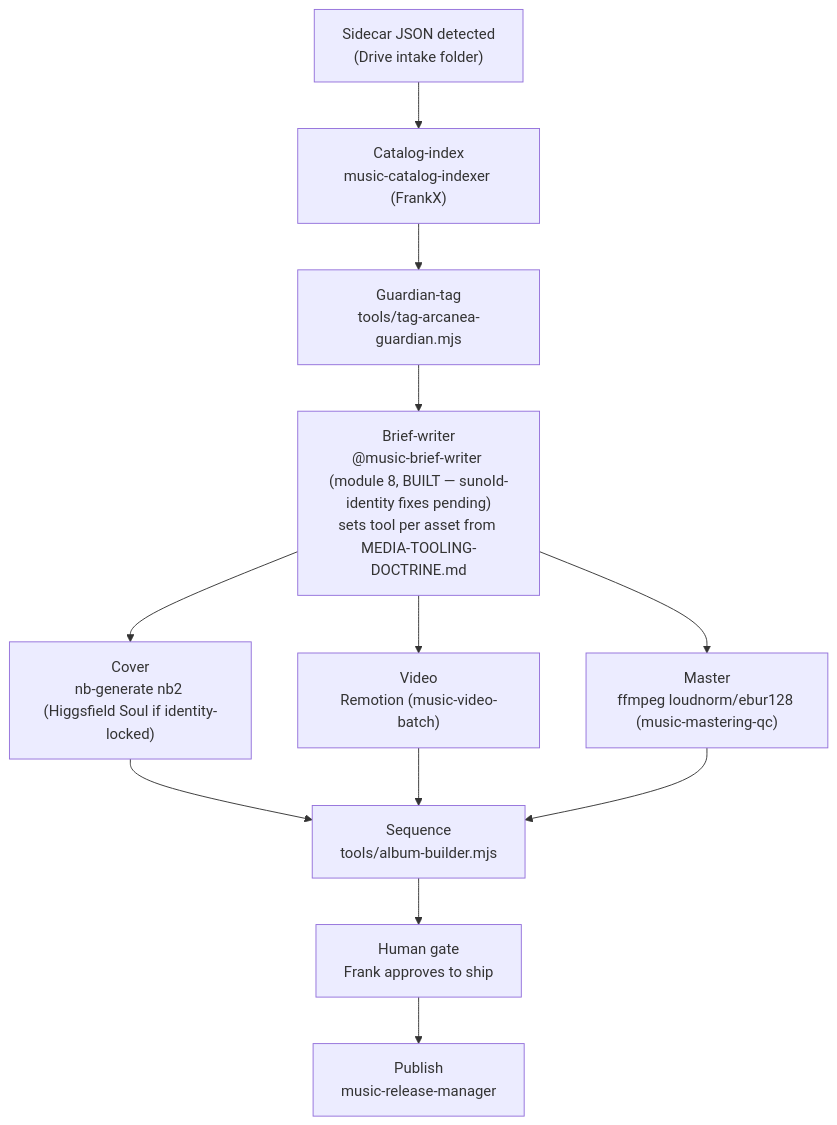
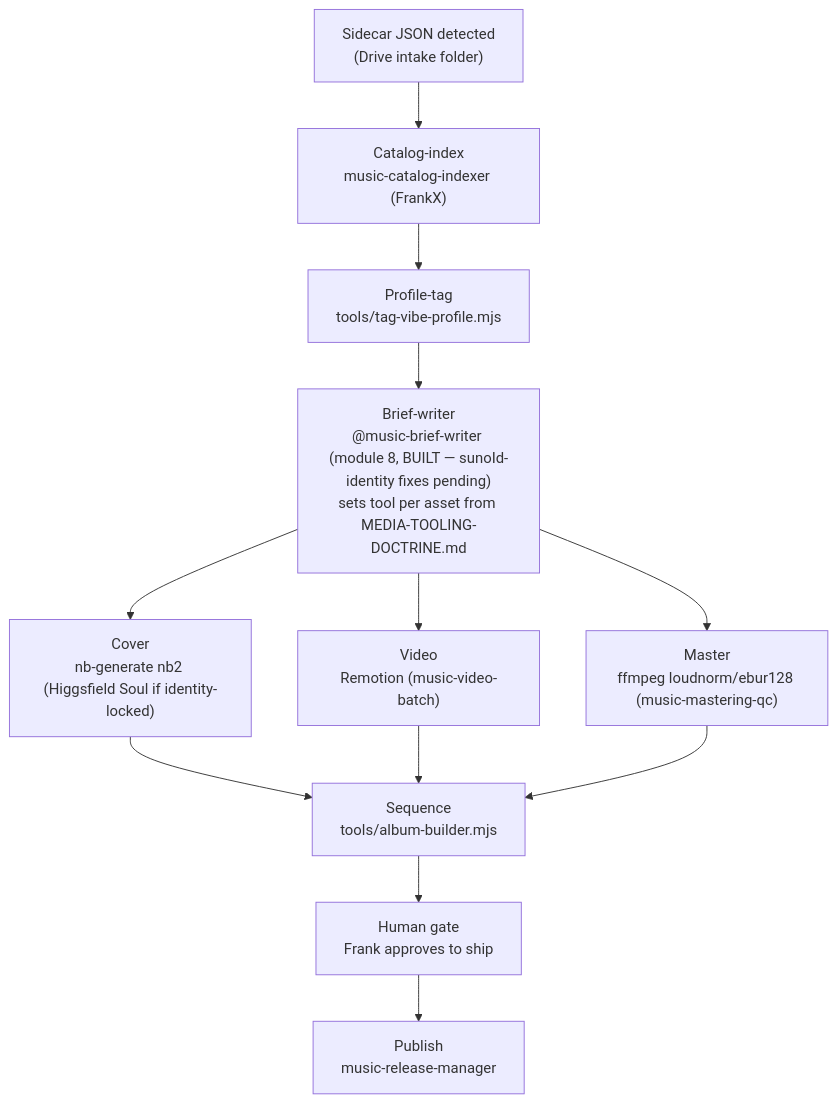
Before and after one commit to frankxai/music-intelligence-systems: the second of 2 diagrams in WORKFLOW.md, drawn with Mermaid. The commit also changed other lines of this file and 6 other files, not shown here.

````diff
--- a/WORKFLOW.md
+++ b/WORKFLOW.md
@@ -47,22 +47,22 @@
 ```mermaid
 flowchart TD
     sidecar["Sidecar JSON detected<br/>(Drive intake folder)"]
     catalogidx["Catalog-index<br/>music-catalog-indexer (FrankX)"]
-    guardiantag["Guardian-tag<br/>tools/tag-arcanea-guardian.mjs"]
+    guardiantag["Profile-tag<br/>tools/tag-vibe-profile.mjs"]
     briefwriter["Brief-writer<br/>@music-brief-writer (module 8, BUILT — sunoId-identity fixes pending)<br/>sets tool per asset from MEDIA-TOOLING-DOCTRINE.md"]
     cover["Cover<br/>nb-generate nb2 (Higgsfield Soul if identity-locked)"]
     video["Video<br/>Remotion (music-video-batch)"]
     master["Master<br/>ffmpeg loudnorm/ebur128 (music-mastering-qc)"]
     sequence["Sequence<br/>tools/album-builder.mjs"]
     humangate["Human gate<br/>Frank approves to ship"]
     publish["Publish<br/>music-release-manager"]
 
     sidecar --> catalogidx --> guardiantag --> briefwriter
     briefwriter --> cover
     briefwriter --> video
     briefwriter --> master
     cover --> sequence
     video --> sequence
     master --> sequence
     sequence --> humangate --> publish
 ```
````
